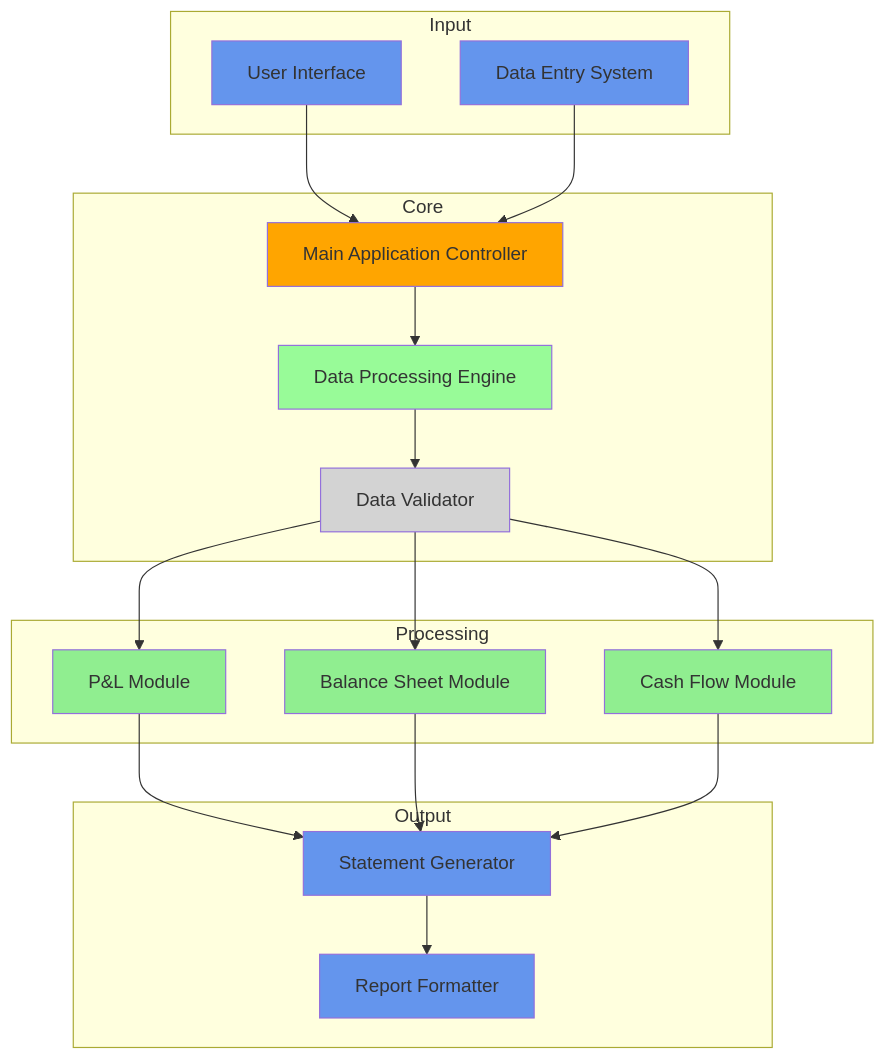
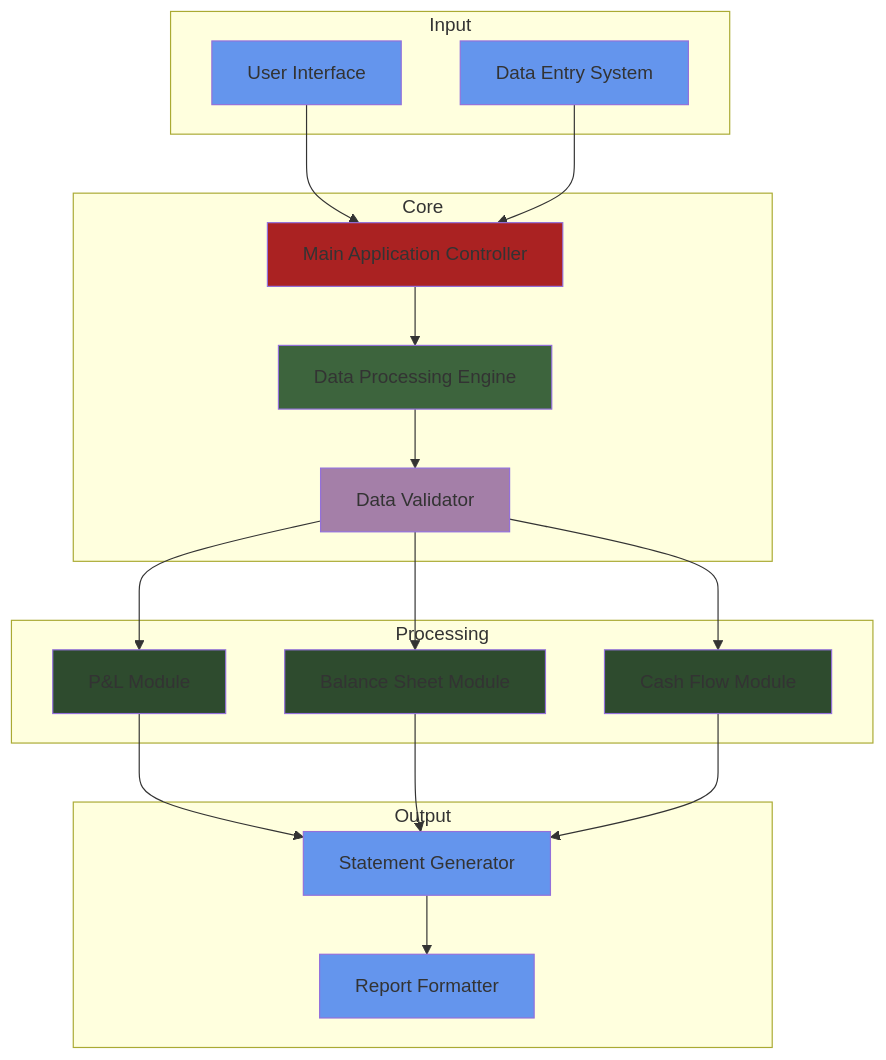
One commit to ArnavAgarwal-Mr-AR/3-statement_model changed the diagram in README.md. Above: the diagram before and after it, drawn with Mermaid.

````diff
--- a/README.md
+++ b/README.md
@@ -6,49 +6,49 @@
 ```mermaid
 flowchart TB
     subgraph Input
         UI[User Interface]:::input
         DE[Data Entry System]:::input
     end
 
     subgraph Core
         MAC[Main Application Controller]:::controller
         DPE[Data Processing Engine]:::processor
         DV[Data Validator]:::utility
     end
 
     subgraph Processing
         PLM[P&L Module]:::module
         BSM[Balance Sheet Module]:::module
         CFM[Cash Flow Module]:::module
     end
 
     subgraph Output
         SG[Statement Generator]:::output
         RF[Report Formatter]:::output
     end
 
     UI --> MAC
     DE --> MAC
     MAC --> DPE
     DPE --> DV
     DV --> PLM
     DV --> BSM
     DV --> CFM
     PLM --> SG
     BSM --> SG
     CFM --> SG
     SG --> RF
 
-    classDef input fill:#6495ED
-    classDef controller fill:#FFA500
-    classDef processor fill:#98FB98
-    classDef utility fill:#D3D3D3
-    classDef module fill:#90EE90
+    classDef input fill:#6495ED 
+    classDef controller fill:#aa2222
+    classDef processor fill:#3d643d
+    classDef utility fill:#a47fa8
+    classDef module fill:#2e4b2e
     classDef output fill:#6495ED
 
     click MAC "https://github.com/ArnavAgarwal-Mr-AR/3-statement_model/blob/main/app.py"
     click PLM "https://github.com/ArnavAgarwal-Mr-AR/3-statement_model/blob/main/pl_module.py"
     click BSM "https://github.com/ArnavAgarwal-Mr-AR/3-statement_model/blob/main/bs_module.py"
     click CFM "https://github.com/ArnavAgarwal-Mr-AR/3-statement_model/blob/main/cf_module.py"
 
 ```
````
